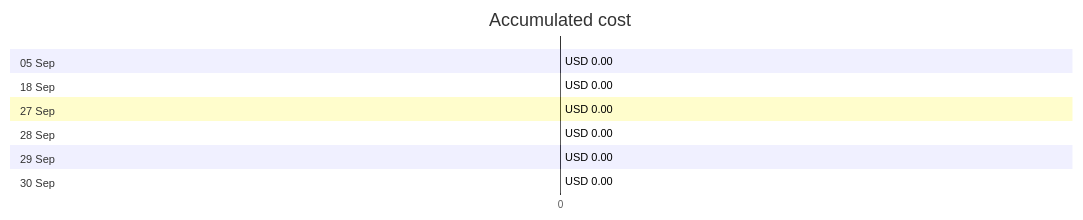
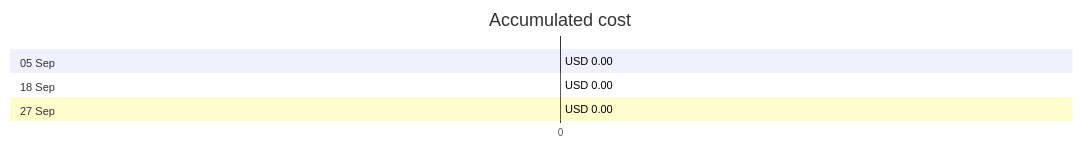
The first of 4 diagrams in cost-reports/azureapp-auto-alerts-873533-jpatrick_fulton_gmail_com/README.md (jpfulton/azure-personal-reports), drawn with Mermaid before and after one commit. The commit also changed other lines of this file and 1 other file, not shown here.

Commit message:
Generated reports [skip ci]

````diff
--- a/cost-reports/azureapp-auto-alerts-873533-jpatrick_fulton_gmail_com/README.md
+++ b/cost-reports/azureapp-auto-alerts-873533-jpatrick_fulton_gmail_com/README.md
@@ -20,18 +20,12 @@
 ```mermaid
 gantt
    title Accumulated cost
    dateFormat  X
    axisFormat %s
    section 05 Sep
    USD 0.00 :0, 0
    section 18 Sep
    USD 0.00 :0, 0
    section 27 Sep
    USD 0.00 :0, 0
-   section 28 Sep
-   USD 0.00 : done, 0, 0
-   section 29 Sep
-   USD 0.00 : done, 0, 0
-   section 30 Sep
-   USD 0.00 : done, 0, 0
 ```
````
